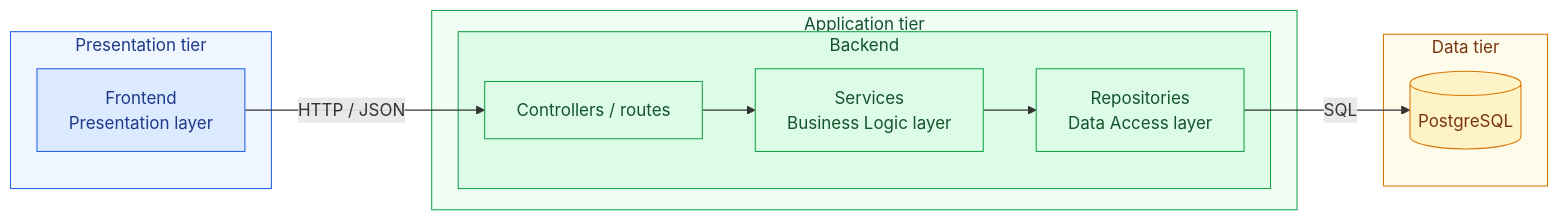
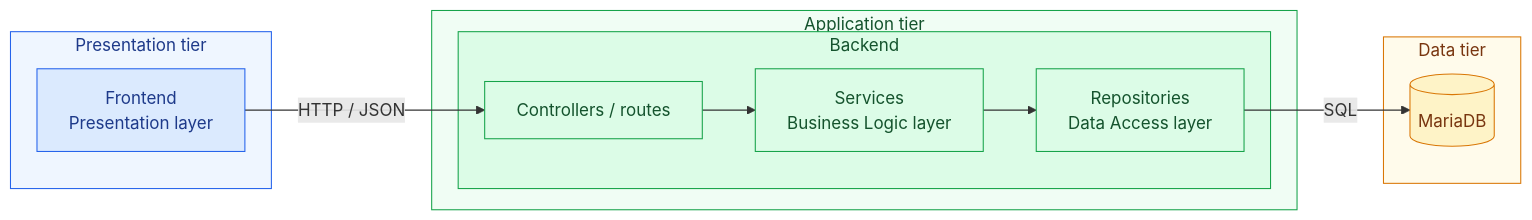
One commit to Narwhal1412/Software-Engineering-Finale changed the diagram in README.md. Above: the diagram before and after it, drawn with Mermaid. The commit also changed other lines of this file, not shown here.

Commit message:
Changed to Mariadb

````diff
--- a/README.md
+++ b/README.md
@@ -28,28 +28,28 @@
 ```mermaid
 flowchart LR
     subgraph T1["Presentation tier"]
         F["Frontend<br/>Presentation layer"]
     end
     subgraph T2["Application tier"]
         subgraph B["Backend"]
             C["Controllers / routes"] --> S["Services<br/>Business Logic layer"] --> R["Repositories<br/>Data Access layer"]
         end
     end
     subgraph T3["Data tier"]
-        D[("PostgreSQL")]
+        D[("MariaDB")]
     end
     F -->|HTTP / JSON| C
     R -->|SQL| D
  
     classDef pres fill:#dbeafe,stroke:#2563eb,color:#1e3a8a
     classDef logic fill:#dcfce7,stroke:#16a34a,color:#14532d
     classDef data fill:#fef3c7,stroke:#d97706,color:#78350f
     class F pres
     class C,S,R logic
     class D data
  
     style T1 fill:#eff6ff,stroke:#2563eb,color:#1e3a8a
     style T2 fill:#f0fdf4,stroke:#16a34a,color:#14532d
     style B fill:#dcfce7,stroke:#16a34a,color:#14532d
     style T3 fill:#fffbeb,stroke:#d97706,color:#78350f
 ```
````
